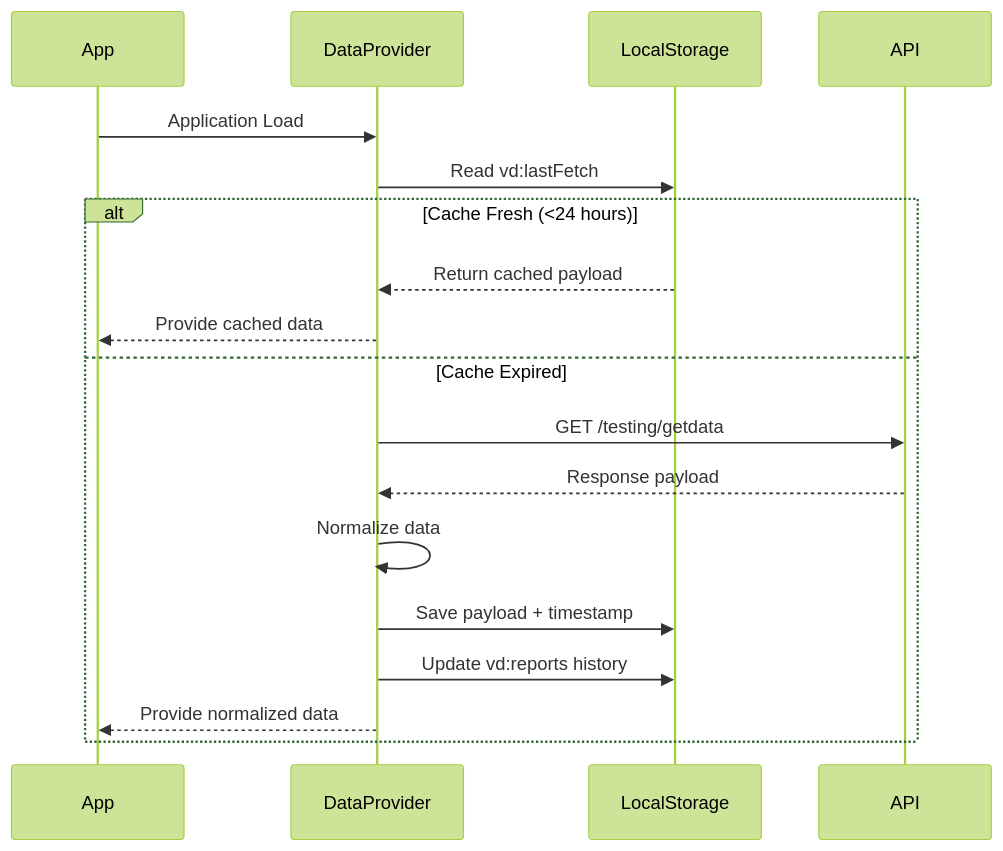
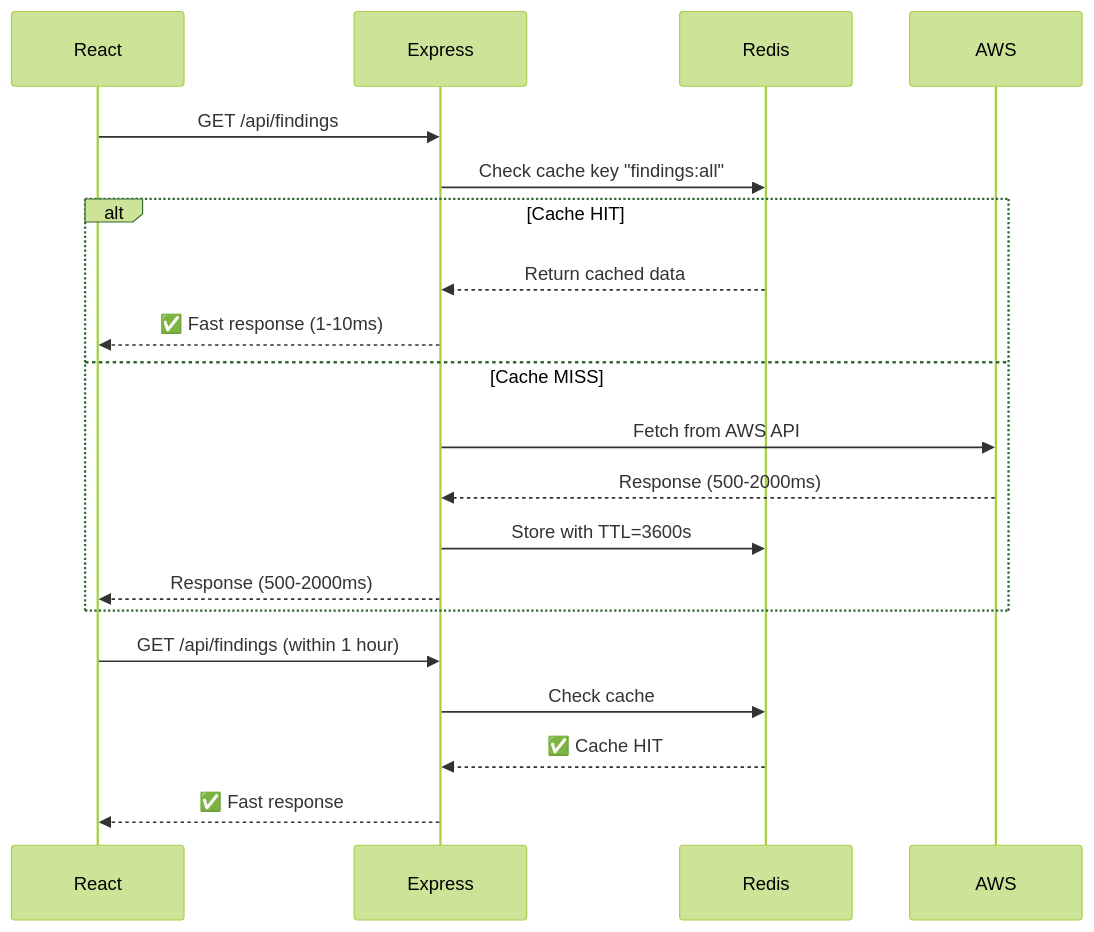
Before and after one commit to InfraCrawlers/EVAPA-Dashboard: the fifth of 5 diagrams in README.md, drawn with Mermaid (forest theme). The commit also changed other lines of this file and 12 other files, not shown here.

````diff
--- a/README.md
+++ b/README.md
@@ -229,23 +292,25 @@
 ```mermaid
 sequenceDiagram
-  participant App
-  participant DataProvider
-  participant LocalStorage
-  participant API
+  participant React
+  participant Express
+  participant Redis
+  participant AWS
 
-  App->>DataProvider: Application Load
+  React->>Express: GET /api/findings
+  Express->>Redis: Check cache key "findings:all"
 
-  DataProvider->>LocalStorage: Read vd:lastFetch
+  alt Cache HIT
+      Redis-->>Express: Return cached data
+      Express-->>React: ✅ Fast response (1-10ms)
+  else Cache MISS
+      Express->>AWS: Fetch from AWS API
+      AWS-->>Express: Response (500-2000ms)
+      Express->>Redis: Store with TTL=3600s
+      Express-->>React: Response (500-2000ms)
+  end
 
-  alt Cache Fresh (<24 hours)
-      LocalStorage-->>DataProvider: Return cached payload
-      DataProvider-->>App: Provide cached data
-  else Cache Expired
-      DataProvider->>API: GET /testing/getdata
-      API-->>DataProvider: Response payload
-      DataProvider->>DataProvider: Normalize data
-      DataProvider->>LocalStorage: Save payload + timestamp
-      DataProvider->>LocalStorage: Update vd:reports history
-      DataProvider-->>App: Provide normalized data
-  end
+  React->>Express: GET /api/findings (within 1 hour)
+  Express->>Redis: Check cache
+  Redis-->>Express: ✅ Cache HIT
+  Express-->>React: ✅ Fast response
 ```
````
